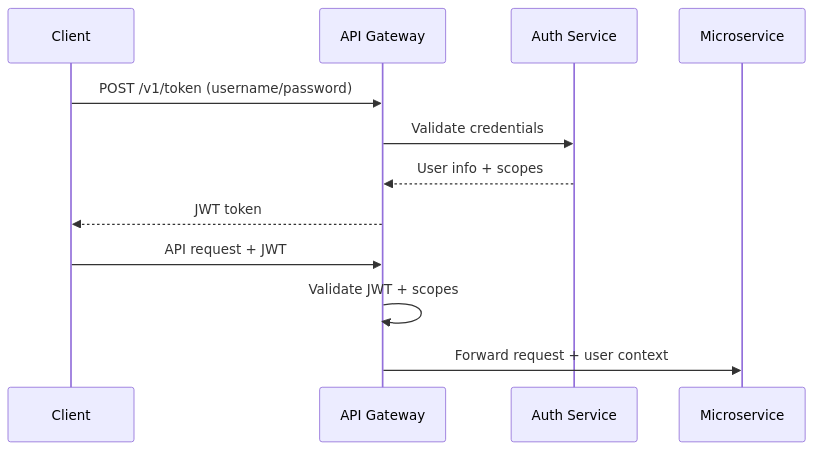
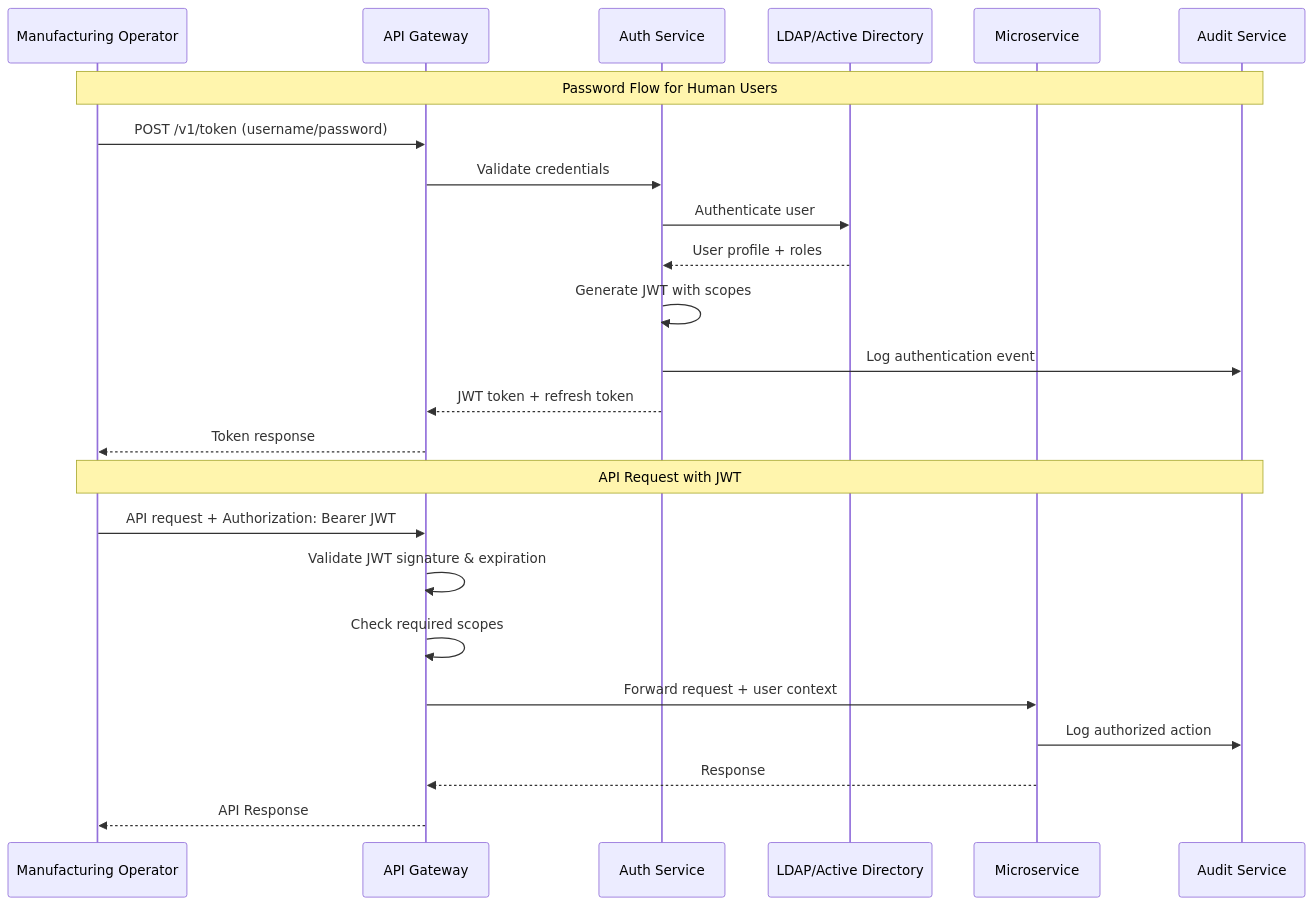
The second of 2 diagrams in docs/adr/0002-auth-oauth2-jwt.md (itsnothuy/Microservices-Chip-Quality-), drawn with Mermaid before and after one commit. The commit also changed other lines of this file and 27 other files, not shown here.

````diff
--- a/docs/adr/0002-auth-oauth2-jwt.md
+++ b/docs/adr/0002-auth-oauth2-jwt.md
@@ -30,16 +65,28 @@
 ```mermaid
 sequenceDiagram
-    participant Client
-    participant Gateway as API Gateway
-    participant Auth as Auth Service
-    participant Service as Microservice
+    participant MO as Manufacturing Operator
+    participant AG as API Gateway
+    participant AS as Auth Service
+    participant LDAP as LDAP/Active Directory
+    participant MS as Microservice
+    participant AU as Audit Service
 
-    Client->>Gateway: POST /v1/token (username/password)
-    Gateway->>Auth: Validate credentials
-    Auth-->>Gateway: User info + scopes
-    Gateway-->>Client: JWT token
+    Note over MO, AU: Password Flow for Human Users
+    MO->>AG: POST /v1/token (username/password)
+    AG->>AS: Validate credentials
+    AS->>LDAP: Authenticate user
+    LDAP-->>AS: User profile + roles
+    AS->>AS: Generate JWT with scopes
+    AS->>AU: Log authentication event
+    AS-->>AG: JWT token + refresh token
+    AG-->>MO: Token response
     
-    Client->>Gateway: API request + JWT
-    Gateway->>Gateway: Validate JWT + scopes
-    Gateway->>Service: Forward request + user context
+    Note over MO, AU: API Request with JWT
+    MO->>AG: API request + Authorization: Bearer JWT
+    AG->>AG: Validate JWT signature & expiration
+    AG->>AG: Check required scopes
+    AG->>MS: Forward request + user context
+    MS->>AU: Log authorized action
+    MS-->>AG: Response
+    AG-->>MO: API Response
 ```
````
